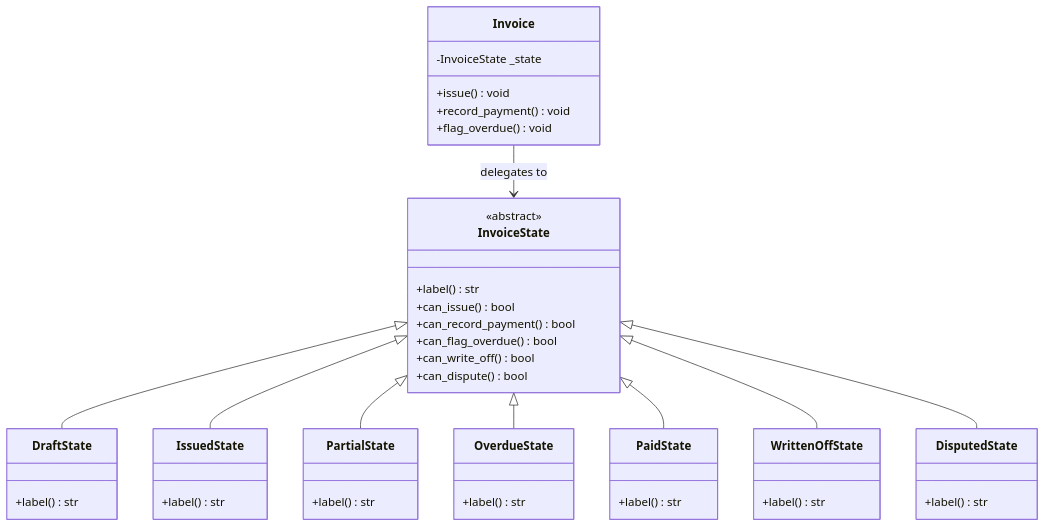
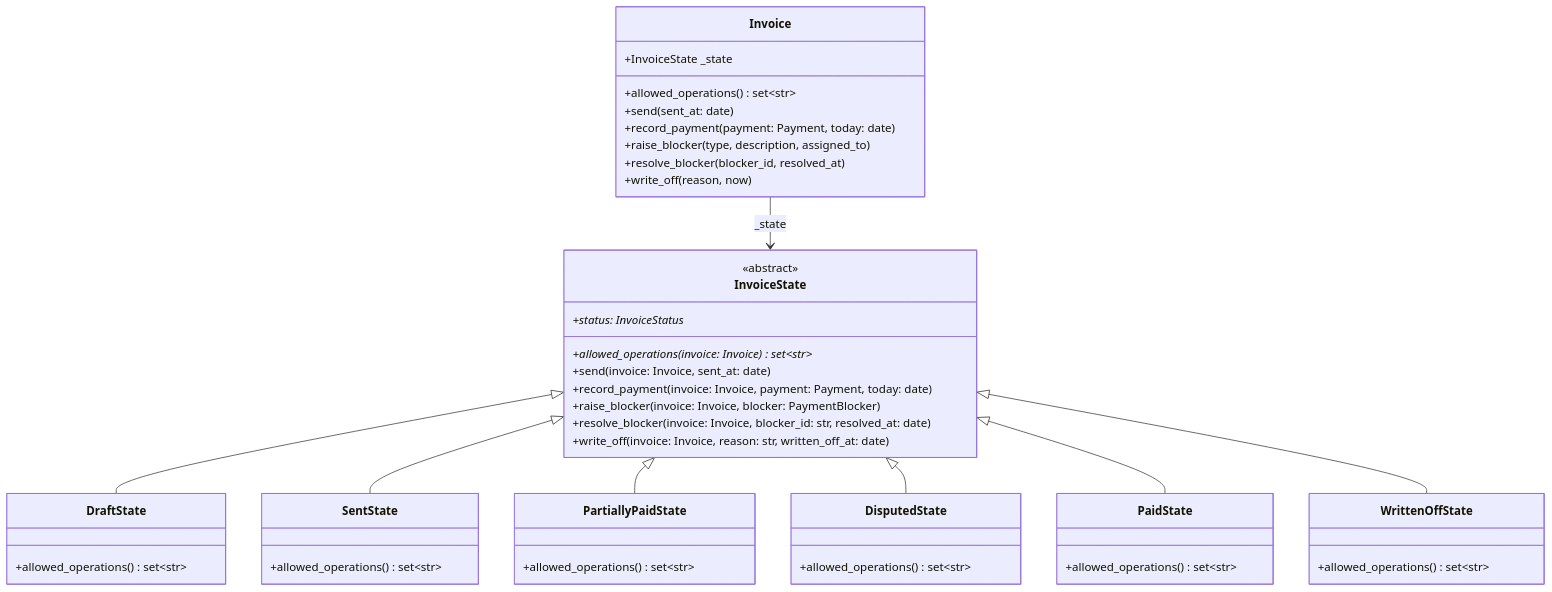
The first of 8 diagrams in docs/uml/03-patterns.md (Anupam-hash926/DuePing), drawn with Mermaid before and after one commit. The commit also changed other lines of this file and 18 other files, not shown here.

Commit message:
phase 1: docs and uml match the code

````diff
--- a/docs/uml/03-patterns.md
+++ b/docs/uml/03-patterns.md
@@ -5,36 +7,39 @@
 ```mermaid
 classDiagram
+    class Invoice {
+        +InvoiceState _state
+        +allowed_operations() set~str~
+        +send(sent_at: date)
+        +record_payment(payment: Payment, today: date)
+        +raise_blocker(type, description, assigned_to)
+        +resolve_blocker(blocker_id, resolved_at)
+        +write_off(reason, now)
+    }
+
     class InvoiceState {
         <<abstract>>
-        +label() str
-        +can_issue() bool
-        +can_record_payment() bool
-        +can_flag_overdue() bool
-        +can_write_off() bool
-        +can_dispute() bool
+        +status: InvoiceStatus*
+        +allowed_operations(invoice: Invoice)* set~str~
+        +send(invoice: Invoice, sent_at: date)
+        +record_payment(invoice: Invoice, payment: Payment, today: date)
+        +raise_blocker(invoice: Invoice, blocker: PaymentBlocker)
+        +resolve_blocker(invoice: Invoice, blocker_id: str, resolved_at: date)
+        +write_off(invoice: Invoice, reason: str, written_off_at: date)
     }
 
-    class DraftState { +label() str }
-    class IssuedState { +label() str }
-    class PartialState { +label() str }
-    class OverdueState { +label() str }
-    class PaidState { +label() str }
-    class WrittenOffState { +label() str }
-    class DisputedState { +label() str }
-
-    class Invoice {
-        -InvoiceState _state
-        +issue() void
-        +record_payment() void
-        +flag_overdue() void
-    }
+    class DraftState { +allowed_operations() set~str~ }
+    class SentState { +allowed_operations() set~str~ }
+    class PartiallyPaidState { +allowed_operations() set~str~ }
+    class DisputedState { +allowed_operations() set~str~ }
+    class PaidState { +allowed_operations() set~str~ }
+    class WrittenOffState { +allowed_operations() set~str~ }
 
     InvoiceState <|-- DraftState
-    InvoiceState <|-- IssuedState
-    InvoiceState <|-- PartialState
-    InvoiceState <|-- OverdueState
+    InvoiceState <|-- SentState
+    InvoiceState <|-- PartiallyPaidState
+    InvoiceState <|-- DisputedState
     InvoiceState <|-- PaidState
     InvoiceState <|-- WrittenOffState
-    InvoiceState <|-- DisputedState
-    Invoice --> InvoiceState : delegates to
+
+    Invoice --> InvoiceState : _state
 ```
````
